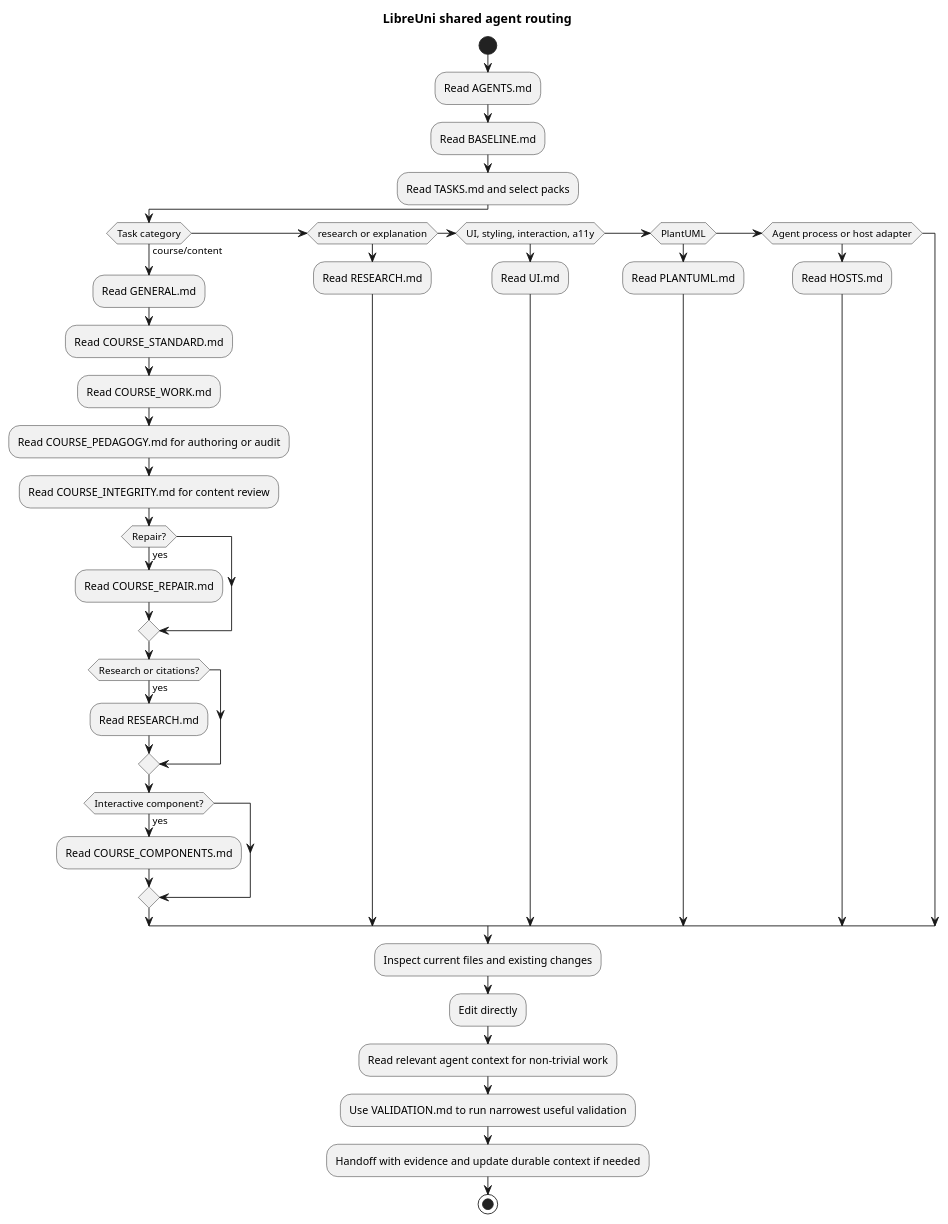
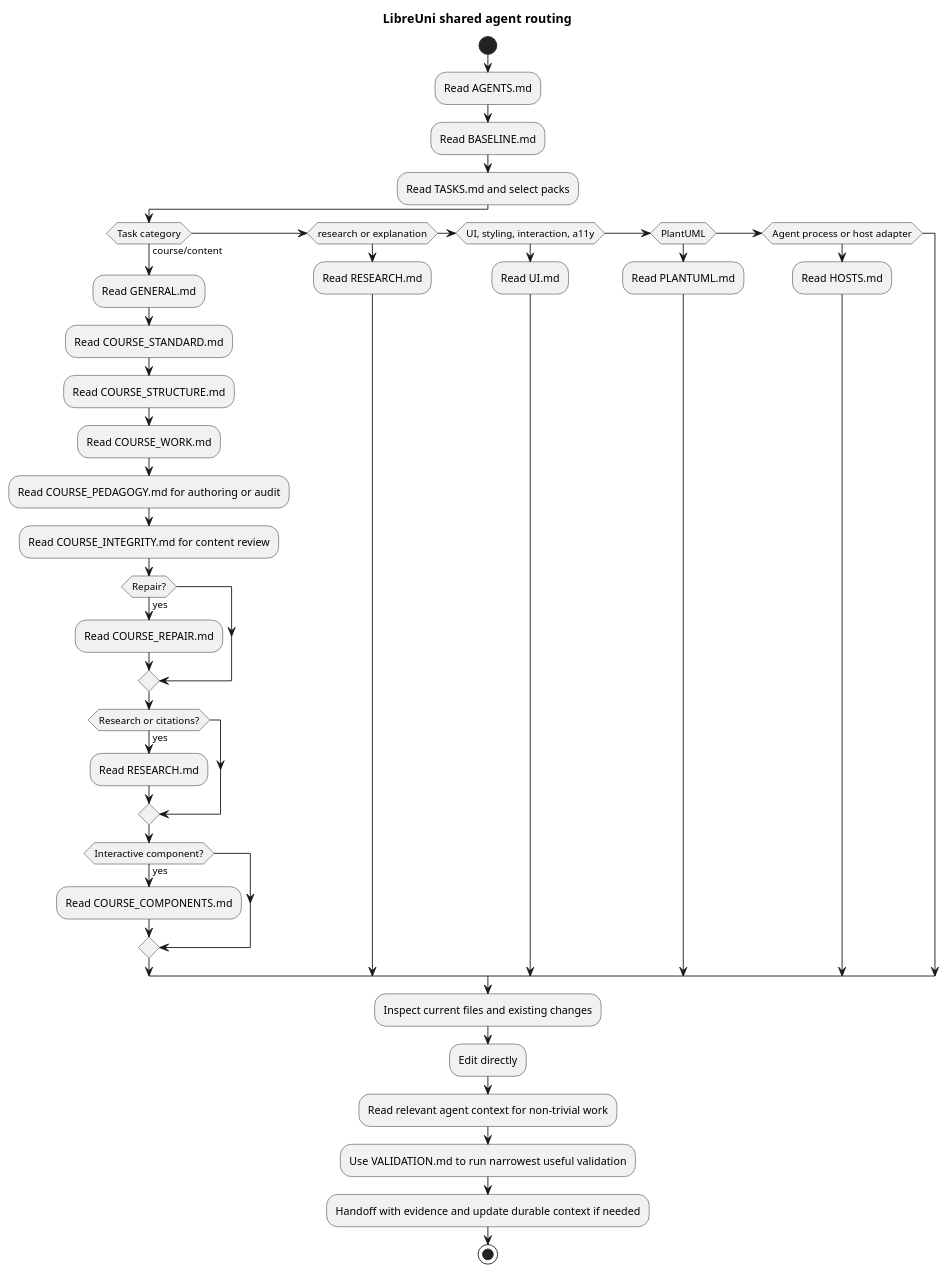
One commit to LibreUni/LibreUni changed the diagram in docs/agent-rules/ROUTING.puml. Above: the diagram before and after it, drawn with PlantUML. The commit also changed 10 other files, not shown here.

```diff
--- a/docs/agent-rules/ROUTING.puml
+++ b/docs/agent-rules/ROUTING.puml
@@ -1,41 +1,42 @@
 @startuml
 title LibreUni shared agent routing
 
 start
 :Read AGENTS.md;
 :Read BASELINE.md;
 :Read TASKS.md and select packs;
 
 if (Task category) then (course/content)
   :Read GENERAL.md;
   :Read COURSE_STANDARD.md;
+  :Read COURSE_STRUCTURE.md;
   :Read COURSE_WORK.md;
   :Read COURSE_PEDAGOGY.md for authoring or audit;
   :Read COURSE_INTEGRITY.md for content review;
   if (Repair?) then (yes)
     :Read COURSE_REPAIR.md;
   endif
   if (Research or citations?) then (yes)
     :Read RESEARCH.md;
   endif
   if (Interactive component?) then (yes)
     :Read COURSE_COMPONENTS.md;
   endif
 elseif (research or explanation)
   :Read RESEARCH.md;
 elseif (UI, styling, interaction, a11y)
   :Read UI.md;
 elseif (PlantUML)
   :Read PLANTUML.md;
 elseif (Agent process or host adapter)
   :Read HOSTS.md;
 endif
 
 :Inspect current files and existing changes;
 :Edit directly;
 :Read relevant agent context for non-trivial work;
 :Use VALIDATION.md to run narrowest useful validation;
 :Handoff with evidence and update durable context if needed;
 
 stop
 @enduml
```
